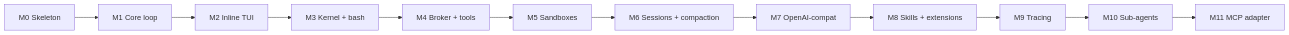
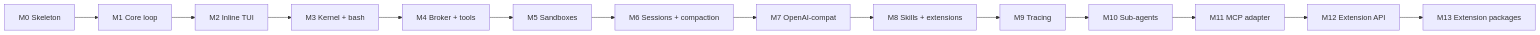
One commit to cecarbs/loom-v1 changed the diagram in docs/10-roadmap.md. Above: the diagram before and after it, drawn with Mermaid. The commit also changed other lines of this file, not shown here.

Commit message:
Roadmap: add M12 extension API and M13 extension packages

````diff
--- a/docs/10-roadmap.md
+++ b/docs/10-roadmap.md
@@ -5,7 +5,8 @@
 ```mermaid
 flowchart LR
     M0[M0 Skeleton] --> M1[M1 Core loop] --> M2[M2 Inline TUI] --> M3[M3 Kernel + bash]
     M3 --> M4[M4 Broker + tools] --> M5[M5 Sandboxes] --> M6[M6 Sessions + compaction]
     M6 --> M7[M7 OpenAI-compat] --> M8[M8 Skills + extensions] --> M9[M9 Tracing]
     M9 --> M10[M10 Sub-agents] --> M11[M11 MCP adapter]
+    M11 --> M12[M12 Extension API] --> M13[M13 Extension packages]
 ```
````
